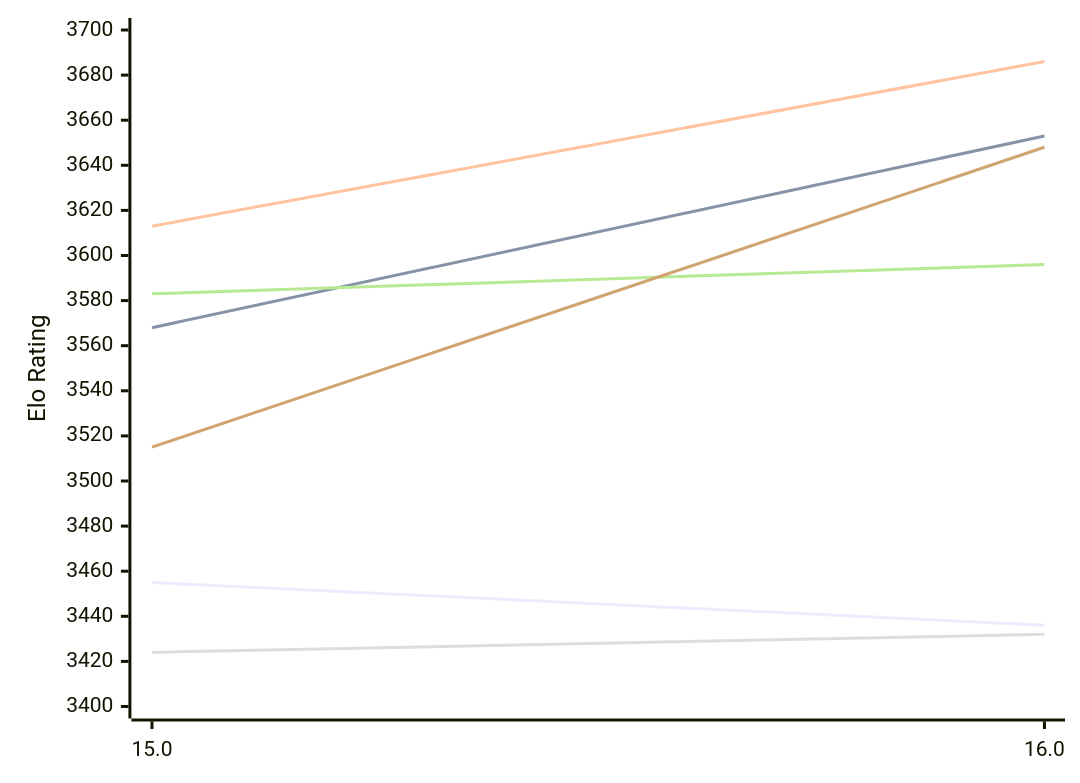
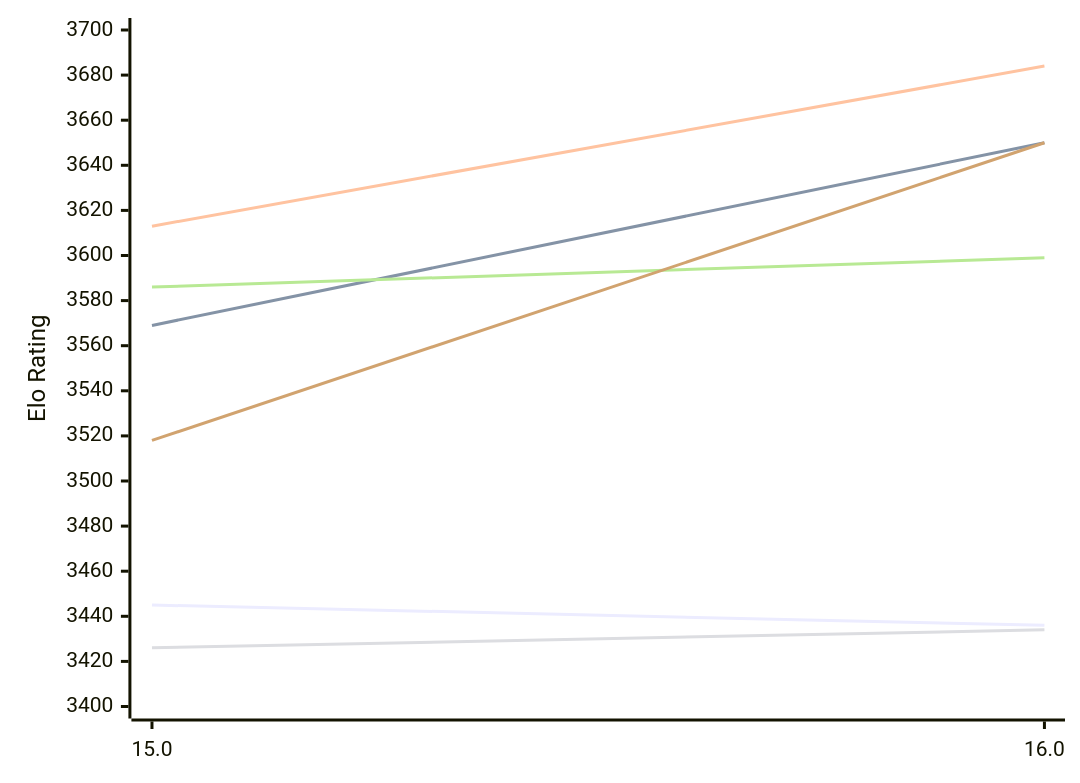
One commit to computer-chess-index/cci changed the first of 2 diagrams in engines/Obsidian.md. Above: the diagram before and after it, drawn with Mermaid. The commit also changed other lines of this file, not shown here.

Commit message:
Update CCI Ratings (ELO VLTC) - 2026-11-24

````diff
--- a/engines/Obsidian.md
+++ b/engines/Obsidian.md
@@ -52,12 +52,12 @@
 ```mermaid
 %%{init: {"theme":"base","themeVariables":{"seriesColors:['#a3a3a3','#222221','#faa371']}}}%%
 xychart-beta
   x-axis ["15.0", "16.0"]
   y-axis "Elo Rating" 3400 --> 3700
-  line "E1: STC (8.0+0.08s)" [3455, 3436]
-  line "E1: LTC (60.0+0.60s)" [3568, 3653]
-  line "E1: VLTC (2m24s+1.12s)" [3613, 3686]
-  line "P1: STC (8.0+0.08s)" [3424, 3432]
-  line "P1: LTC (60.0+0.60s)" [3583, 3596]
-  line "P1: VLTC (2m24s+1.12s)" [3515, 3648]
+  line "E1: STC (8.0+0.08s)" [3445, 3436]
+  line "E1: LTC (60.0+0.60s)" [3569, 3650]
+  line "E1: VLTC (2m24s+1.12s)" [3613, 3684]
+  line "P1: STC (8.0+0.08s)" [3426, 3434]
+  line "P1: LTC (60.0+0.60s)" [3586, 3599]
+  line "P1: VLTC (2m24s+1.12s)" [3518, 3650]
 ```
````
